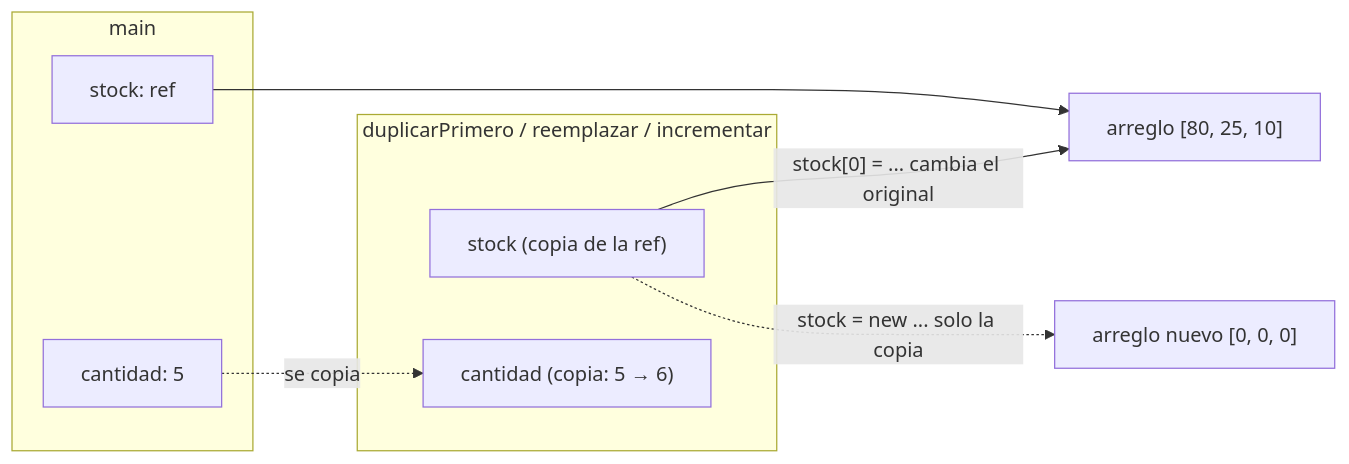
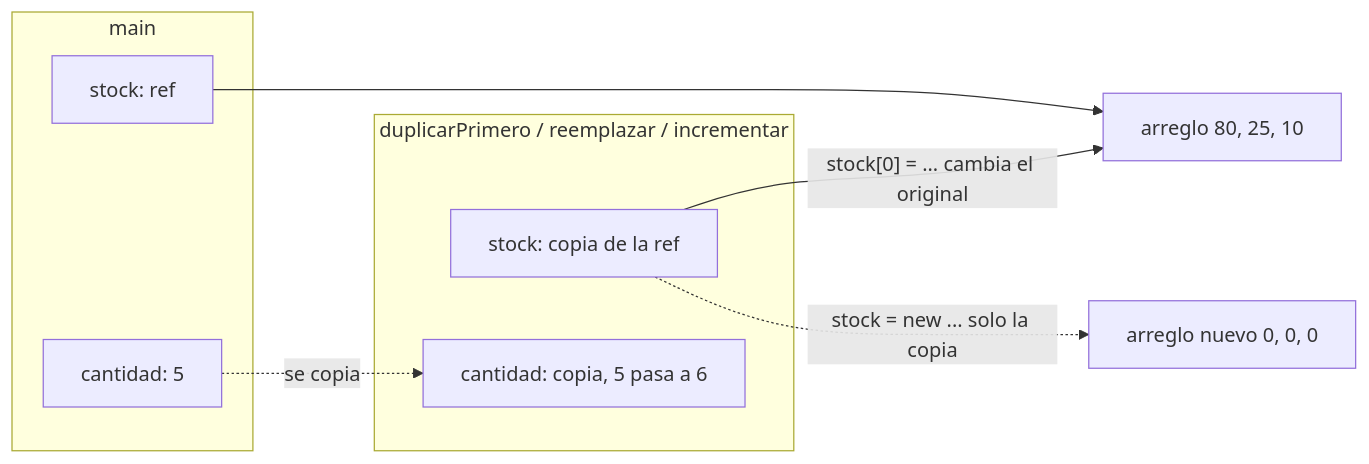
One commit to NICORUIZ93/The_Imperial_Book changed the seventh of 9 diagrams in web/public/content/java/modulo-0.md. Above: the diagram before and after it, drawn with Mermaid. The commit also changed other lines of this file and 65 other files, not shown here.

````diff
--- a/web/public/content/java/modulo-0.md
+++ b/web/public/content/java/modulo-0.md
@@ -3860,17 +4464,17 @@
 ```mermaid
 flowchart LR
   subgraph MAIN["main"]
     S["stock: ref"]
     C["cantidad: 5"]
   end
   subgraph METODO["duplicarPrimero / reemplazar / incrementar"]
-    P["stock (copia de la ref)"]
-    Q["cantidad (copia: 5 → 6)"]
+    P["stock: copia de la ref"]
+    Q["cantidad: copia, 5 pasa a 6"]
   end
-  ARR["arreglo [80, 25, 10]"]
-  NUEVO["arreglo nuevo [0, 0, 0]"]
+  ARR["arreglo 80, 25, 10"]
+  NUEVO["arreglo nuevo 0, 0, 0"]
   S --> ARR
   P -->|"stock[0] = ... cambia el original"| ARR
   P -.->|"stock = new ... solo la copia"| NUEVO
   C -.->|"se copia"| Q
 ```
````
